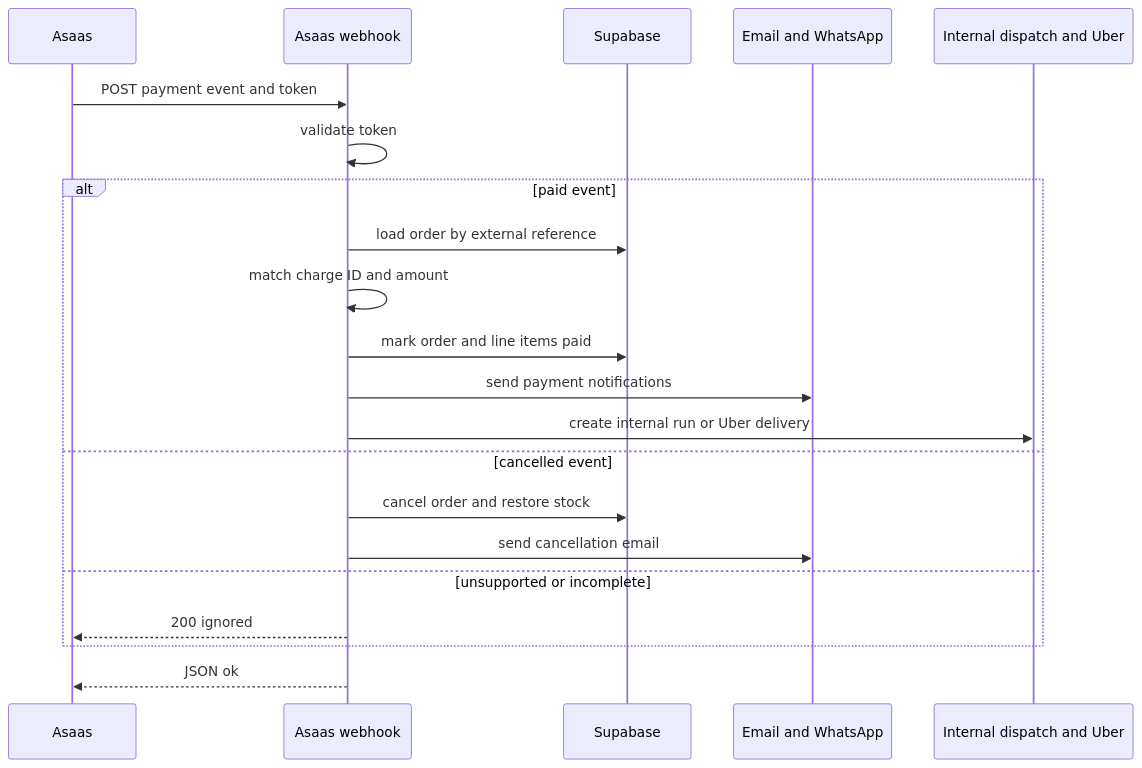
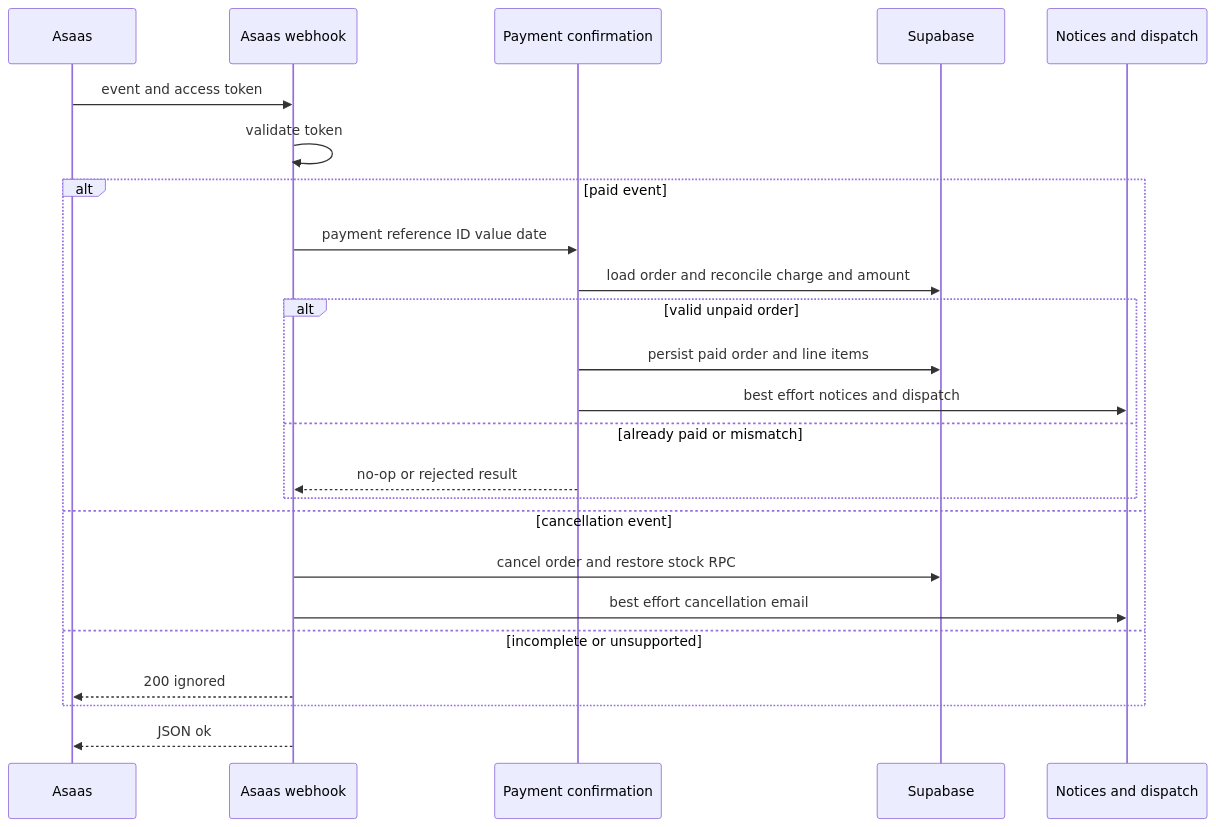
Before and after one commit to Schneider-Gr/industria24hIA: the first of 2 diagrams in openwiki/integrations/external-services-and-webhooks.md, drawn with Mermaid. The commit also changed other lines of this file and 32 other files, not shown here.

````diff
--- a/openwiki/integrations/external-services-and-webhooks.md
+++ b/openwiki/integrations/external-services-and-webhooks.md
@@ -45,23 +97,26 @@
 ```mermaid
 sequenceDiagram
     participant Asaas
-    participant PaymentHook as Asaas webhook
+    participant Hook as Asaas webhook
+    participant Confirm as Payment confirmation
     participant DB as Supabase
-    participant Notifier as Email and WhatsApp
-    participant Dispatch as Internal dispatch and Uber
-    Asaas->>PaymentHook: POST payment event and token
-    PaymentHook->>PaymentHook: validate token
+    participant Effects as Notices and dispatch
+    Asaas->>Hook: event and access token
+    Hook->>Hook: validate token
     alt paid event
-        PaymentHook->>DB: load order by external reference
-        PaymentHook->>PaymentHook: match charge ID and amount
-        PaymentHook->>DB: mark order and line items paid
-        PaymentHook->>Notifier: send payment notifications
-        PaymentHook->>Dispatch: create internal run or Uber delivery
-    else cancelled event
-        PaymentHook->>DB: cancel order and restore stock
-        PaymentHook->>Notifier: send cancellation email
-    else unsupported or incomplete
-        PaymentHook-->>Asaas: 200 ignored
+        Hook->>Confirm: payment reference ID value date
+        Confirm->>DB: load order and reconcile charge and amount
+        alt valid unpaid order
+            Confirm->>DB: persist paid order and line items
+            Confirm->>Effects: best effort notices and dispatch
+        else already paid or mismatch
+            Confirm-->>Hook: no-op or rejected result
+        end
+    else cancellation event
+        Hook->>DB: cancel order and restore stock RPC
+        Hook->>Effects: best effort cancellation email
+    else incomplete or unsupported
+        Hook-->>Asaas: 200 ignored
     end
-    PaymentHook-->>Asaas: JSON ok
+    Hook-->>Asaas: JSON ok
 ```
````
